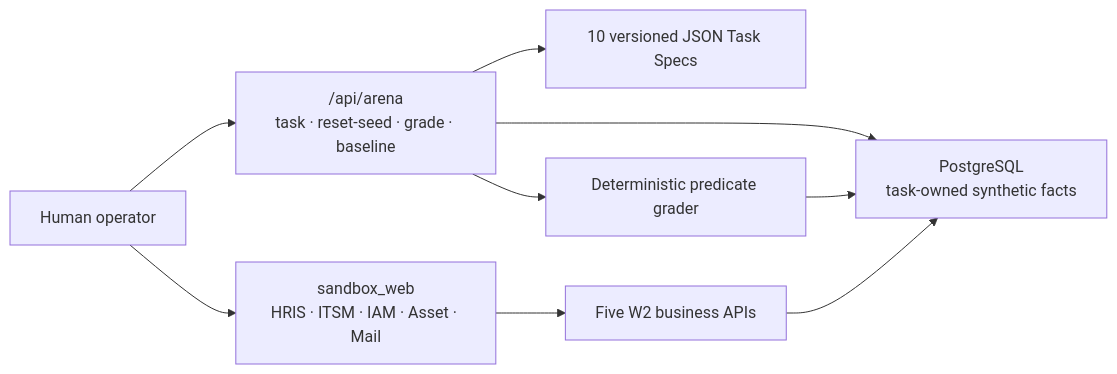
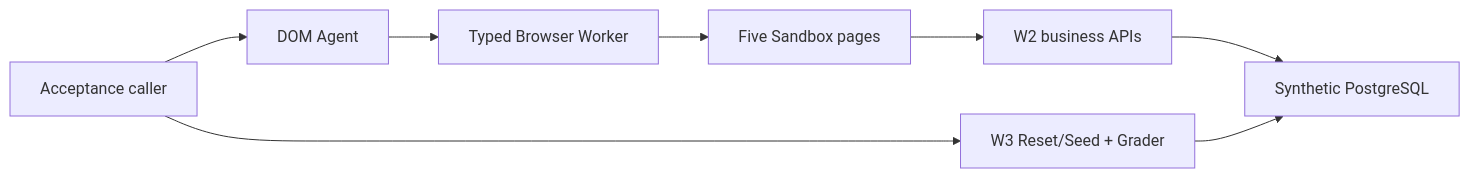
The diagram in README.md (taka-wzx/flowpilot-arena), drawn with Mermaid before and after one commit. The commit also changed other lines of this file and 46 other files, not shown here.

Commit message:
feat: establish W4 DOM agent foundation

````diff
--- a/README.md
+++ b/README.md
@@ -23,11 +24,10 @@
 ```mermaid
 flowchart LR
-    Human["Human operator"] --> Arena["/api/arena\ntask · reset-seed · grade · baseline"]
-    Human --> Web["sandbox_web\nHRIS · ITSM · IAM · Asset · Mail"]
-    Arena --> Catalog["10 versioned JSON Task Specs"]
-    Arena --> DB["PostgreSQL\ntask-owned synthetic facts"]
-    Web --> Business["Five W2 business APIs"]
-    Business --> DB
-    Grader["Deterministic predicate grader"] --> DB
-    Arena --> Grader
+    Caller["Acceptance caller"] --> Arena["W3 Reset/Seed + Grader"]
+    Caller --> Agent["DOM Agent"]
+    Agent --> Worker["Typed Browser Worker"]
+    Worker --> Web["Five Sandbox pages"]
+    Web --> API["W2 business APIs"]
+    API --> DB["Synthetic PostgreSQL"]
+    Arena --> DB
 ```
````
